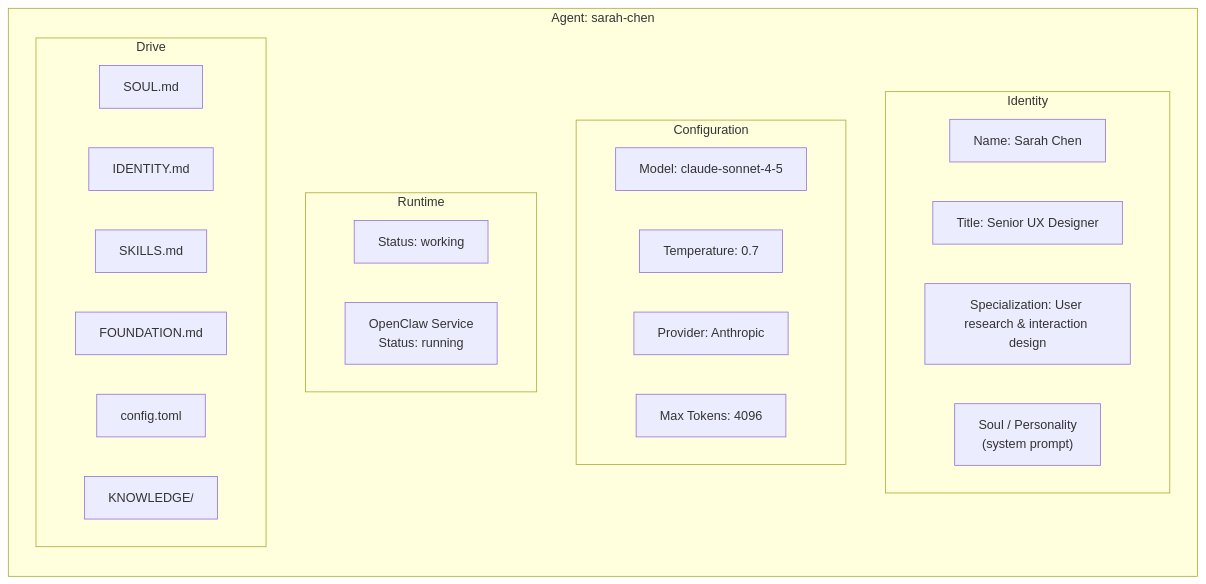
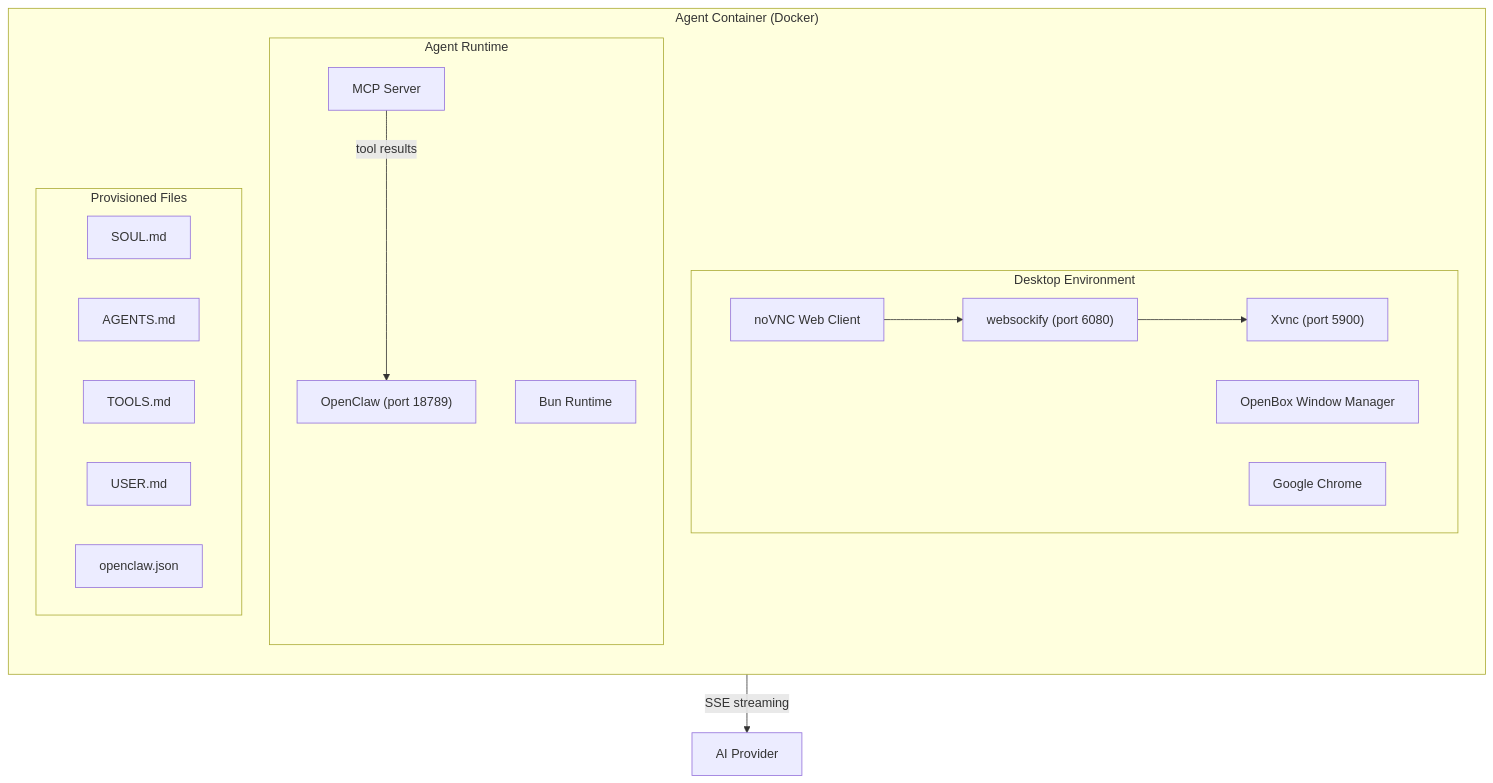
The first of 6 diagrams in docs/core-concepts/agents.md (pde-rent/monokeros), drawn with Mermaid before and after one commit. The commit also changed other lines of this file and 50 other files, not shown here.

````diff
--- a/docs/core-concepts/agents.md
+++ b/docs/core-concepts/agents.md
@@ -11,35 +11,33 @@
 ```mermaid
 graph TB
-    subgraph Agent["Agent: sarah-chen"]
+    subgraph Container["Agent Container (Docker)"]
         direction TB
 
-        subgraph Identity["Identity"]
-            Name["Name: Sarah Chen"]
-            Title["Title: Senior UX Designer"]
-            Spec["Specialization: User research & interaction design"]
-            Soul["Soul / Personality<br/>(system prompt)"]
+        subgraph Desktop["Desktop Environment"]
+            Xvnc["Xvnc (port 5900)"]
+            WS["websockify (port 6080)"]
+            noVNC["noVNC Web Client"]
+            OpenBox["OpenBox Window Manager"]
+            Chrome["Google Chrome"]
         end
 
-        subgraph Config["Configuration"]
-            Model["Model: claude-sonnet-4-5"]
-            Temp["Temperature: 0.7"]
-            Provider["Provider: Anthropic"]
-            MaxTok["Max Tokens: 4096"]
+        subgraph Runtime["Agent Runtime"]
+            Bun["Bun Runtime"]
+            OC["OpenClaw (port 18789)"]
+            MCP["MCP Server"]
         end
 
-        subgraph RuntimeInfo["Runtime"]
-            Status["Status: working"]
-            Service["OpenClaw Service<br/>Status: running"]
-        end
-
-        subgraph Files["Drive"]
-            SoulMD["SOUL.md"]
-            IdentityMD["IDENTITY.md"]
-            SkillsMD["SKILLS.md"]
-            FoundationMD["FOUNDATION.md"]
-            ConfigTOML["config.toml"]
-            Knowledge["KNOWLEDGE/"]
+        subgraph Identity["Provisioned Files"]
+            Soul["SOUL.md"]
+            Agents["AGENTS.md"]
+            Tools["TOOLS.md"]
+            User["USER.md"]
+            Config["openclaw.json"]
         end
     end
 
+    OC -->|"SSE streaming"| LLM["AI Provider"]
+    MCP -->|"tool results"| OC
+    WS --> Xvnc
+    noVNC --> WS
 ```
````
